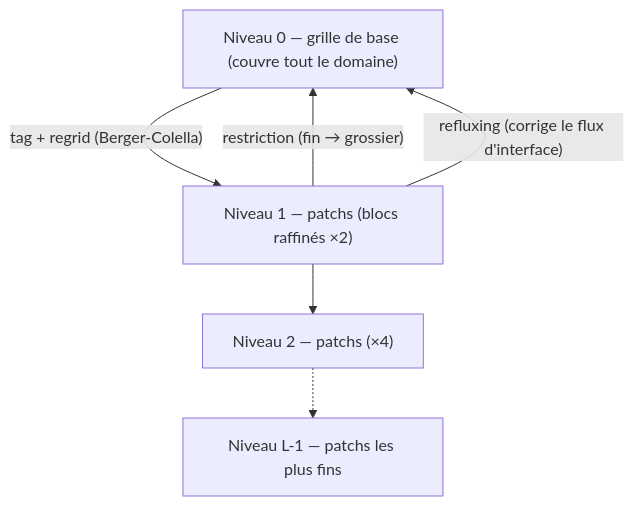
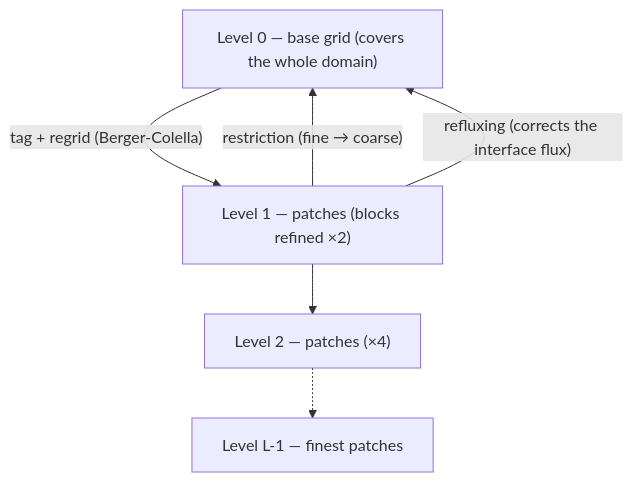
Before and after one commit to fhermet/machmallow: the third of 8 diagrams in docs/ARCHITECTURE.md, drawn with Mermaid. The commit also changed other lines of this file and 1 other file, not shown here.

Commit message:
docs: traduire ARCHITECTURE et NUMERICS en anglais

````diff
--- a/docs/ARCHITECTURE.md
+++ b/docs/ARCHITECTURE.md
@@ -134,12 +133,12 @@
 ```mermaid
 flowchart TD
-    L0["Niveau 0 — grille de base (couvre tout le domaine)"]
-    L1["Niveau 1 — patchs (blocs raffinés ×2)"]
-    L2["Niveau 2 — patchs (×4)"]
-    L3["Niveau L-1 — patchs les plus fins"]
+    L0["Level 0 — base grid (covers the whole domain)"]
+    L1["Level 1 — patches (blocks refined ×2)"]
+    L2["Level 2 — patches (×4)"]
+    L3["Level L-1 — finest patches"]
     L0 -- "tag + regrid (Berger-Colella)" --> L1
     L1 --> L2
     L2 -.-> L3
-    L1 -- "restriction (fin → grossier)" --> L0
-    L1 -- "refluxing (corrige le flux d'interface)" --> L0
+    L1 -- "restriction (fine → coarse)" --> L0
+    L1 -- "refluxing (corrects the interface flux)" --> L0
 ```
````
